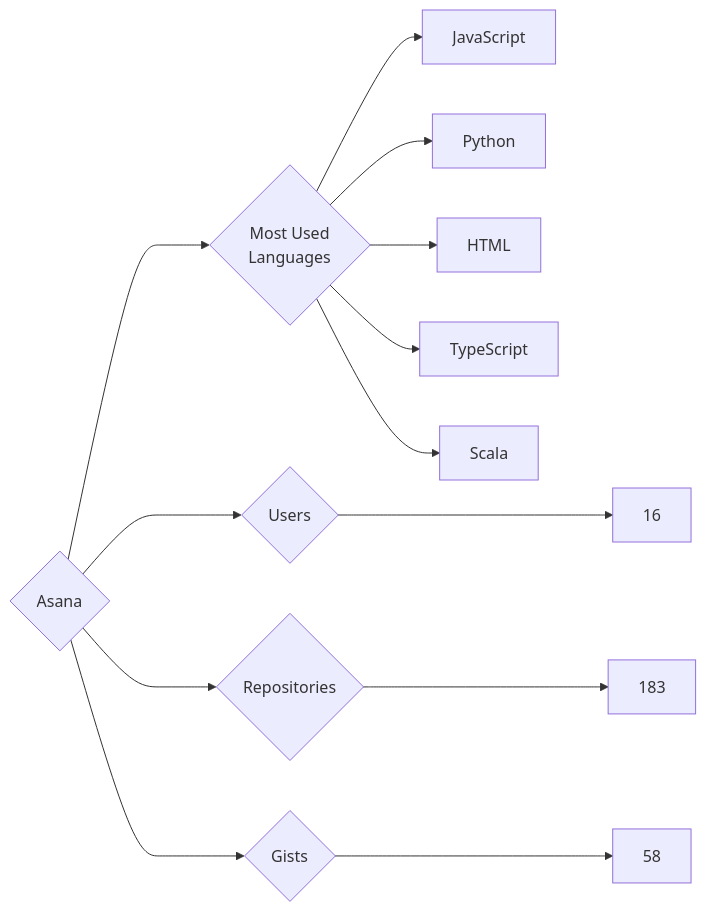
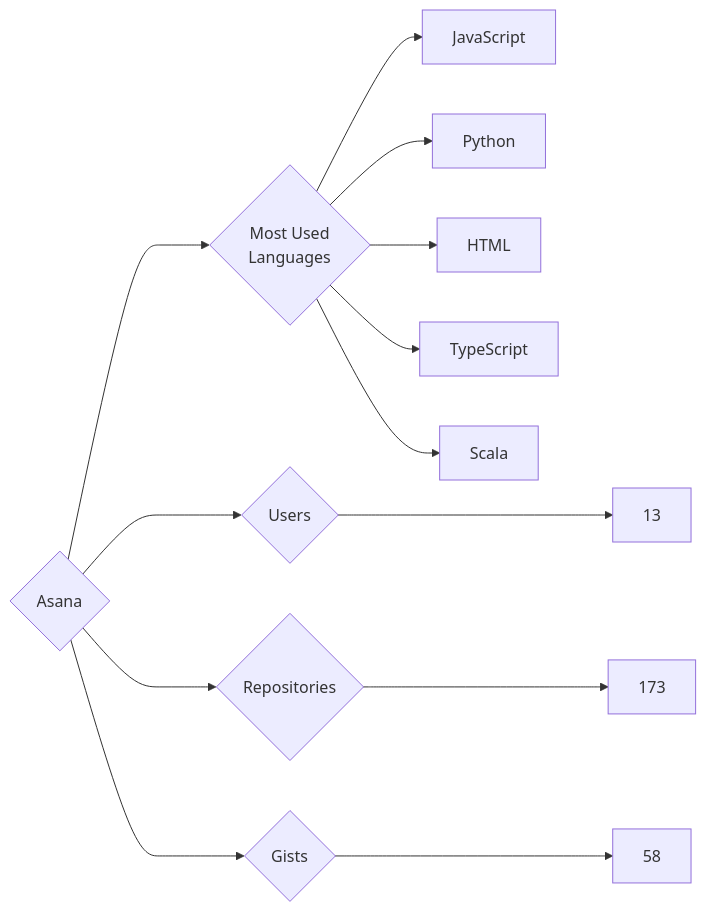
Before and after one commit to trickest/insiders: the diagram in targets/Asana/README.md, drawn with Mermaid. The commit also changed 636 other files, not shown here.

````diff
--- a/targets/Asana/README.md
+++ b/targets/Asana/README.md
@@ -3,13 +3,13 @@
 ```mermaid
 graph LR
 COMPANY_NAME{Asana}
-COMPANY_NAME ---> U{Users} ---> UN[16]
-COMPANY_NAME ---> R{Repositories} ---> RN[183]
+COMPANY_NAME ---> U{Users} ---> UN[13]
+COMPANY_NAME ---> R{Repositories} ---> RN[173]
 COMPANY_NAME ---> G{Gists} ---> GN[58]
 COMPANY_NAME ---> ML{Most Used<br>Languages}
 ML --> JavaScript[JavaScript]
 ML --> Python[Python]
 ML --> HTML[HTML]
 ML --> TypeScript[TypeScript]
 ML --> Scala[Scala]
 ```
````
